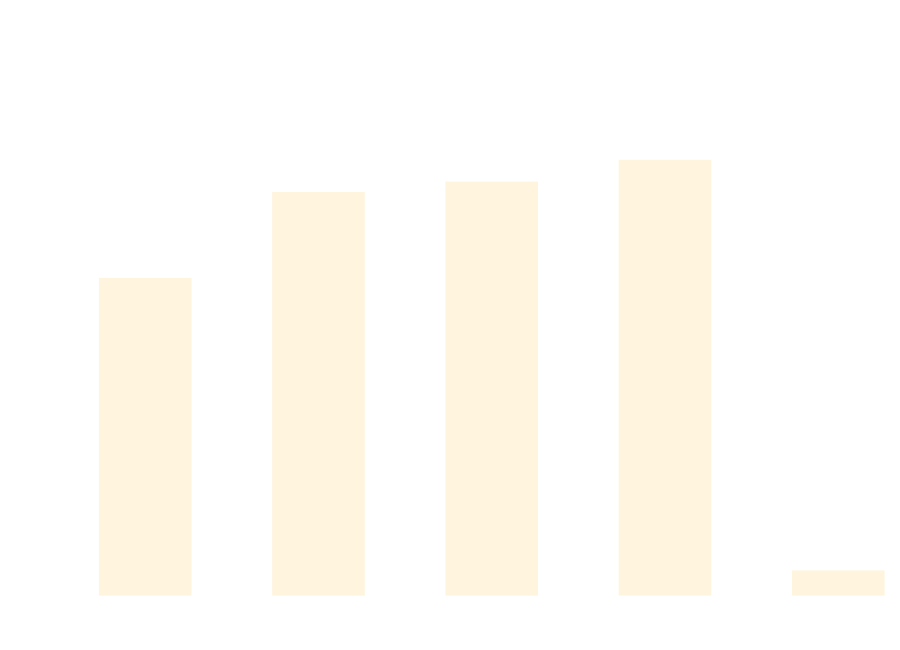
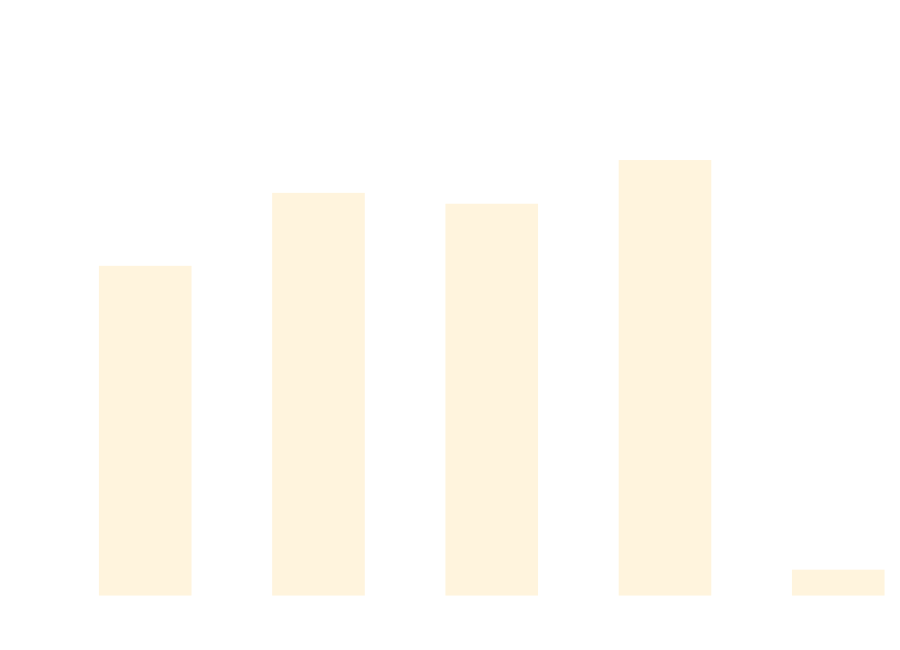
The diagram in docs/docs/benchmarks/DataDrivenTests.md (thomhurst/TUnit), drawn with Mermaid before and after one commit. The commit also changed other lines of this file and 17 other files, not shown here.

````diff
--- a/docs/docs/benchmarks/DataDrivenTests.md
+++ b/docs/docs/benchmarks/DataDrivenTests.md
@@ -27,37 +27,37 @@
 ```mermaid
 %%{init: {
   'theme':'base',
   'themeVariables': {
     'primaryColor': '#2563eb',
     'primaryTextColor': '#ffffff',
     'primaryBorderColor': '#1e40af',
     'lineColor': '#6b7280',
     'secondaryColor': '#7c3aed',
     'tertiaryColor': '#dc2626',
     'background': '#ffffff',
     'mainBkg': '#2563eb',
     'secondBkg': '#7c3aed',
     'tertiaryBkg': '#dc2626',
     'clusterBkg': '#f3f4f6',
     'edgeLabelBackground': '#ffffff',
     'tertiaryTextColor': '#1f2937',
     'pie1': '#2563eb',
     'pie2': '#7c3aed',
     'pie3': '#dc2626',
     'pie4': '#f59e0b',
     'pie5': '#10b981',
     'pie6': '#06b6d4',
     'pie7': '#ec4899',
     'pie8': '#6366f1',
     'pie9': '#84cc16',
     'pie10': '#f97316',
     'pie11': '#14b8a6',
     'pie12': '#a855f7'
   }
 }}%%
 xychart-beta
   title "DataDrivenTests Performance Comparison"
   x-axis ["TUnit", "NUnit", "MSTest", "xUnit3", "TUnit_AOT"]
-  y-axis "Time (ms)" 0 --> 745
-  bar [448.59, 573.81, 588.86, 620.75, 22.29]
+  y-axis "Time (ms)" 0 --> 716
+  bar [448.08, 550.25, 535, 596.2, 22.53]
 ```
````
